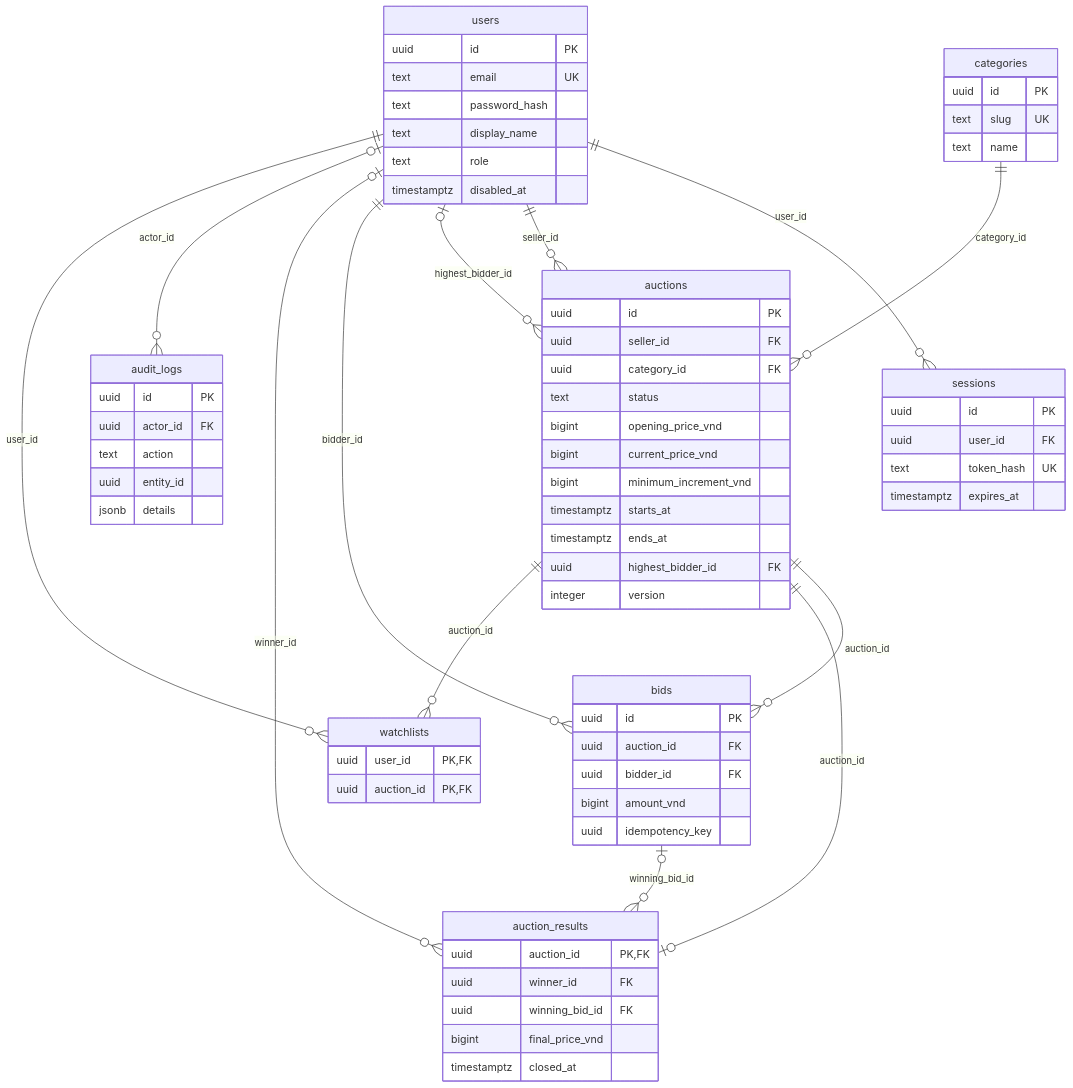
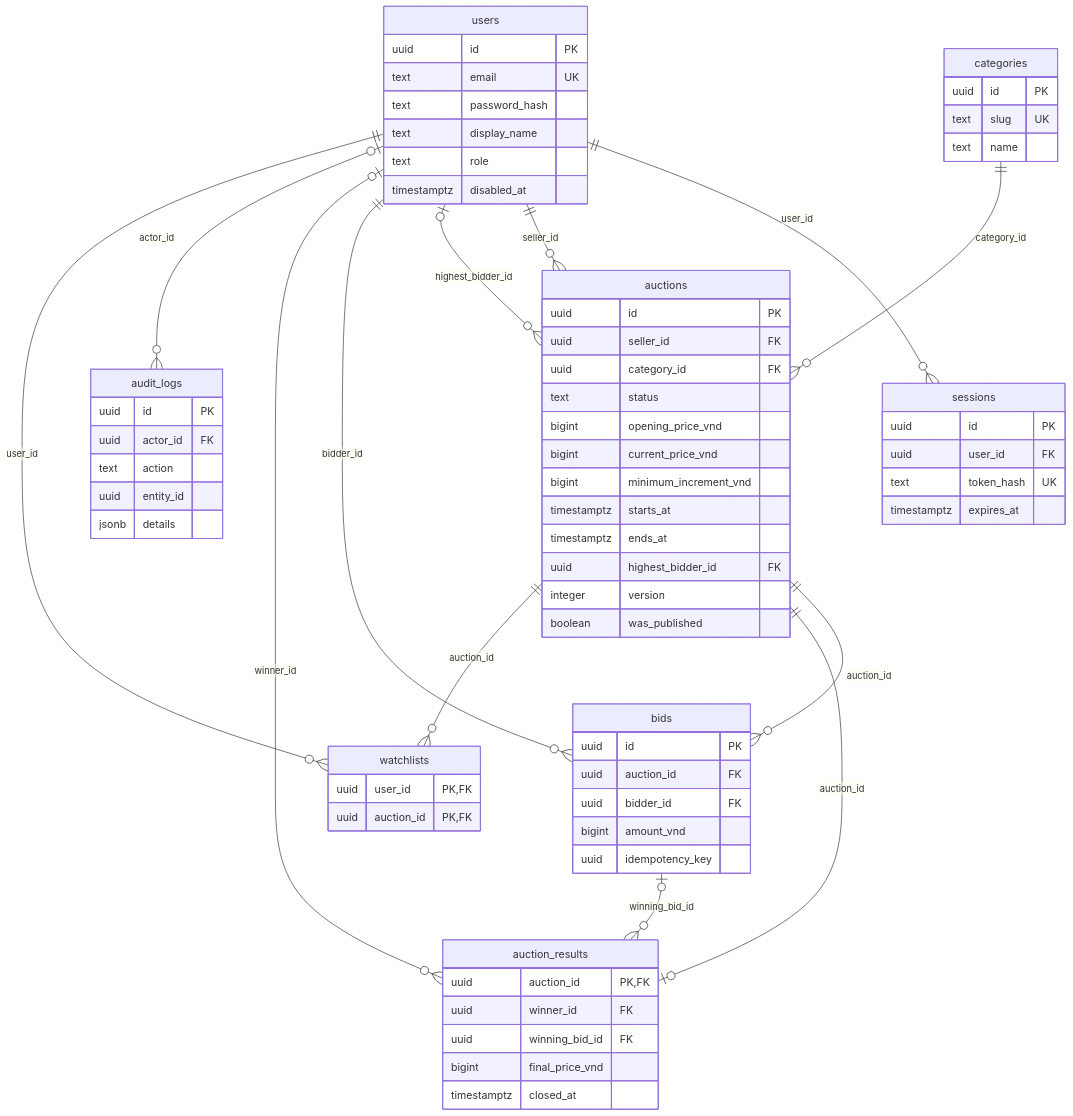
One commit to Giabao2110/BIDHUB changed the diagram in docs/DB-DOMAIN.md. Above: the diagram before and after it, drawn with Mermaid. The commit also changed other lines of this file and 12 other files, not shown here.

````diff
--- a/docs/DB-DOMAIN.md
+++ b/docs/DB-DOMAIN.md
@@ -21,72 +24,73 @@
 ```mermaid
 erDiagram
   users ||--o{ sessions : user_id
   users ||--o{ auctions : seller_id
   categories ||--o{ auctions : category_id
   users o|--o{ auctions : highest_bidder_id
   auctions ||--o{ bids : auction_id
   users ||--o{ bids : bidder_id
   auctions ||--o| auction_results : auction_id
   users o|--o{ auction_results : winner_id
   bids o|--o{ auction_results : winning_bid_id
   users o|--o{ audit_logs : actor_id
   users ||--o{ watchlists : user_id
   auctions ||--o{ watchlists : auction_id
   users {
     uuid id PK
     text email UK
     text password_hash
     text display_name
     text role
     timestamptz disabled_at
   }
   sessions {
     uuid id PK
     uuid user_id FK
     text token_hash UK
     timestamptz expires_at
   }
   categories {
     uuid id PK
     text slug UK
     text name
   }
   auctions {
     uuid id PK
     uuid seller_id FK
     uuid category_id FK
     text status
     bigint opening_price_vnd
     bigint current_price_vnd
     bigint minimum_increment_vnd
     timestamptz starts_at
     timestamptz ends_at
     uuid highest_bidder_id FK
     integer version
+    boolean was_published
   }
   bids {
     uuid id PK
     uuid auction_id FK
     uuid bidder_id FK
     bigint amount_vnd
     uuid idempotency_key
   }
   auction_results {
     uuid auction_id PK,FK
     uuid winner_id FK
     uuid winning_bid_id FK
     bigint final_price_vnd
     timestamptz closed_at
   }
   audit_logs {
     uuid id PK
     uuid actor_id FK
     text action
     uuid entity_id
     jsonb details
   }
   watchlists {
     uuid user_id PK,FK
     uuid auction_id PK,FK
   }
 ```
````
